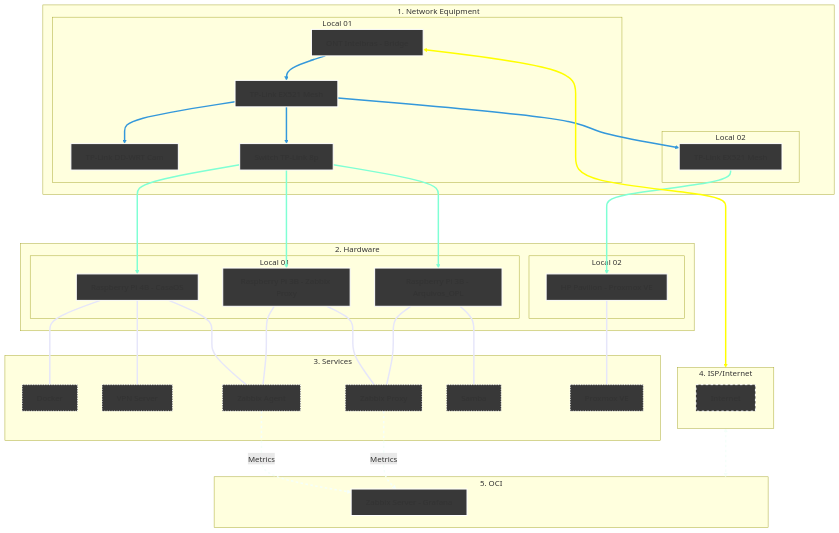
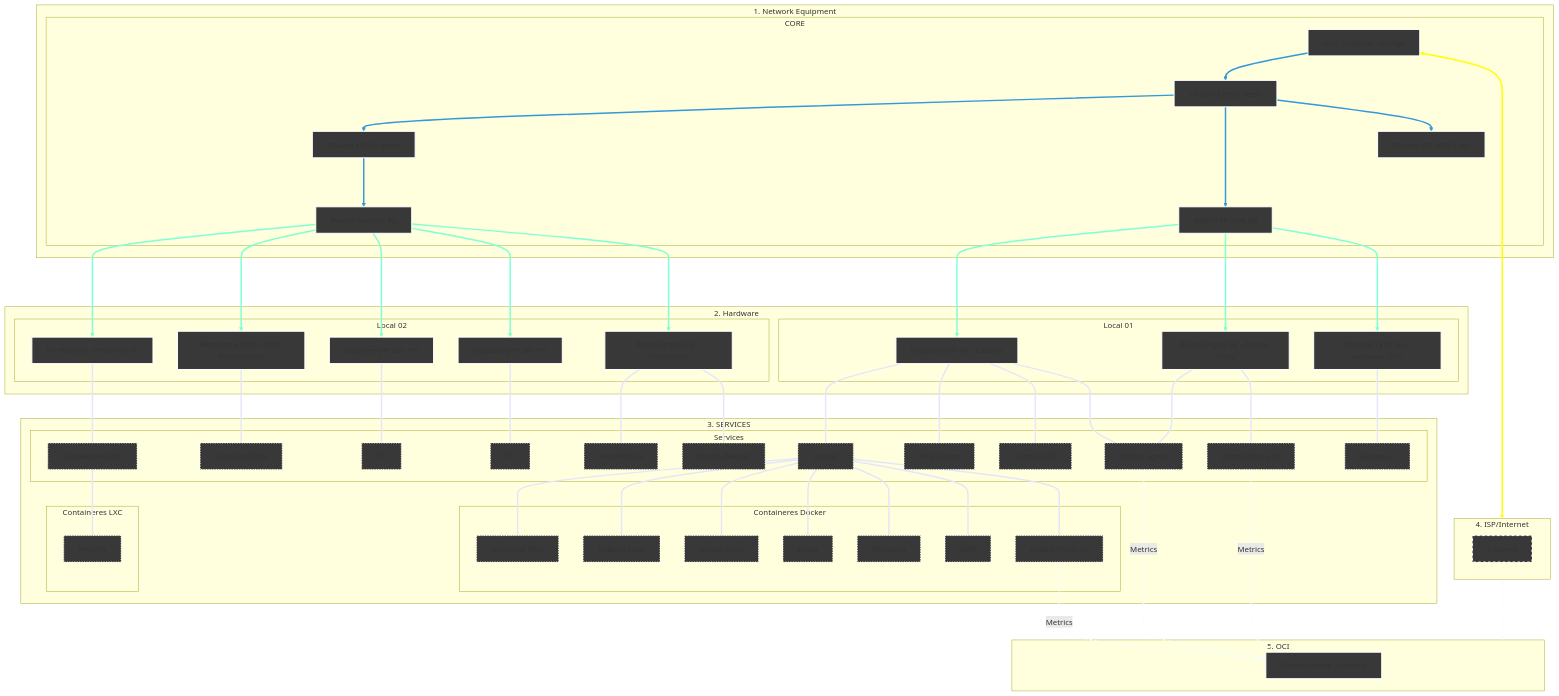
One commit to kevindexter22/Dr-Hardware-Autonet changed the diagram in Infrastructure/README2.md. Above: the diagram before and after it, drawn with Mermaid.

````diff
--- a/Infrastructure/README2.md
+++ b/Infrastructure/README2.md
@@ -24,64 +24,87 @@
 
     %% 1. NETWORK EQUIPMENT
     subgraph Principal["1. Network Equipment"]
-    subgraph S1 [Local 01]
+    subgraph S1 [CORE]
         ONT[ONT Intelbras - Bridge]:::network --> R_Mesh1[TP-Link EX521 Mesh]:::network
-        R_Mesh1 --> R_Cams[TP-Link DD-WRT Cam]:::network 
-        R_Mesh1 --> SW1[Switch TP-Link 8p]:::network  
-    end
-    subgraph S2 [Local 02]
         R_Mesh1 --> R_Mesh2[TP-Link EX521 Mesh]:::network
+        R_Mesh1 --> SW1[Switch TP-Link 8p]:::network
+        R_Mesh1 --> R_Cams[TP-Link DD-WRT Cam]:::network
+        R_Mesh2 ---> SW2[Switch Overtek 8p]:::network  
     end
     end
     
     %% 2. HARDWARE
     subgraph Principal02["2. Hardware"]
-    subgraph S3 [Local 01]
-        SW1 ---> RPi3B_1[Raspberry Pi 3B - Arquivos_OPL]:::hardware
+    subgraph S2 [Local 01]
         SW1 ---> RPi4B[Raspberry Pi 4B - CasaOS]:::hardware
         SW1 ---> RPi3B_2[Raspberry Pi 3B - Zabbix Proxy]:::hardware
+        SW1 ---> RPi3B_1[Raspberry Pi 3B - Arquivos_OPL]:::hardware
     end
-    subgraph S4 [Local 02]
-        R_Mesh2 ---> HP[HP Pavilion - Proxmox VE]:::hardware
+    subgraph S3 [Local 02]
+        SW2 ---> HP[HP Pavilion - Proxmox VE]:::hardware
+        SW2 ---> RPi3B_4[Raspberry Pi 3B - DNS Redundância]:::hardware
+        SW2 ---> RPi3B_5[Raspberry Pi 3B - ???]:::hardware
+        SW2 ---> RPi3B_6[Raspberry Pi 3B - ???]:::hardware
+        SW2 ---> RPi3B_3[Raspberry Pi 3B - FreeRadius]:::hardware
     end
     end
 
-    %% 3. SERVICES     
-    subgraph S5 [3. Services];
-        RPi4B --- Docker[Docker]:::services
+    %% 3. SERVICES
+    subgraph Principal03["3. SERVICES"]
+    subgraph S4 [Services];
+        HP --- PVE[Containeres LXC]:::services
+        RPi3B_4 --- UNB2[Unbound DNS]:::services
+        RPi3B_5 --- 01[???]:::services
+        RPi3B_6 --- 02[???]:::services
+        RPi3B_3 --- FreeRAD[FreeRADIUS]:::services
+        RPi3B_3 --- BDMSQL[MySQL Master]:::services
+        RPi4B --- Docker[Docker]:::services     
         RPi4B --- VPN[VPN Server]:::services
+        RPi4B --- SMB2[Samba v2/3]:::services
         RPi4B --- ZA[Zabbix Agent]:::services
         RPi3B_2 --- ZA[Zabbix Agent]:::services
-        RPi3B_2 --- ZP[Zabbix Proxy]:::services
-        RPi3B_1 --- ZP[Zabbix Proxy]:::services
-        RPi3B_1 --- SMB1[Samba]:::services
-        HP --- PVE[Proxmox VE]:::services        
+        RPi3B_2 --- ZP01[Zabbix Proxy 01]:::services
+        RPi3B_1 --- SMB1[Samba v1]:::services
+    end
+    subgraph S5 [Containeres LXC];
+        PVE --- FIPA[FreeIPA]:::services
+    end
+    subgraph S6 [Containeres Docker];
+        Docker --- UNB[Unbound DNS]:::services
+        Docker --- TRILLIUM[Trillium Note]:::services
+        Docker --- SIYUAN[SiYuan Note]:::services
+        Docker --- EMBY[Emby]:::services
+        Docker --- MSPEED[MySpeed]:::services
+        Docker --- N8N[N8N]:::services
+        Docker --- ZP02[Zabbix Proxy 02]:::services
+    end
     end
 
     %% 4. Internet (The Bridge)
-    subgraph S6 [4. ISP/Internet]
+    subgraph S7 [4. ISP/Internet]
            internet[Internet]:::internet
     end
 
     %% 5. Oracle Cloud Infrastructure
-    subgraph S7 [5. OCI]
+    subgraph S8 [5. OCI]
         ZS[Zabbix Server - Grafana]:::oci
     end
 
     %% Conections of data flow
-    ONT <--> S6
-    S6 <--> S7
+    ONT <--> S7
+    S7 <--> S8
     
     %% Logical conections
     ZA -.-> |Metrics| ZS
-    ZP -.-> |Metrics| ZS 
+    ZP01 -.-> |Metrics| ZS 
+    ZP02 -.-> |Metrics| ZS
 
     %% --- Set collor on conections ---
     
-    linkStyle 0,1,2,3 stroke:#3498db,stroke-width:3px;
-    linkStyle 4,5,6,7 stroke:#7FFFD4,stroke-width:3px;
-    linkStyle 8,9,10,11,12,13,14,15 stroke:#E6E6FA,stroke-width:3px;
-    linkStyle 16 stroke:#FFFF00,stroke-width:3px;
-    linkStyle 17,18,19 stroke:#F5FFFA,stroke-width:3px,stroke-dasharray: 5 5;
+    linkStyle 0,1,2,3,4 stroke:#3498db,stroke-width:3px;
+    linkStyle 5,6,7,8,9,10,11,12 stroke:#7FFFD4,stroke-width:3px;
+    linkStyle 13,14,15,16,17,18,19,20,21,22,23,24,25,26,27,28,29,30,31,32,33 stroke:#E6E6FA,stroke-width:3px;
+    linkStyle 34 stroke:#FFFF00,stroke-width:3px;
+    linkStyle 35,36,37,38 stroke:#F5FFFA,stroke-width:3px,stroke-dasharray: 5 5;
 
 ```
````
